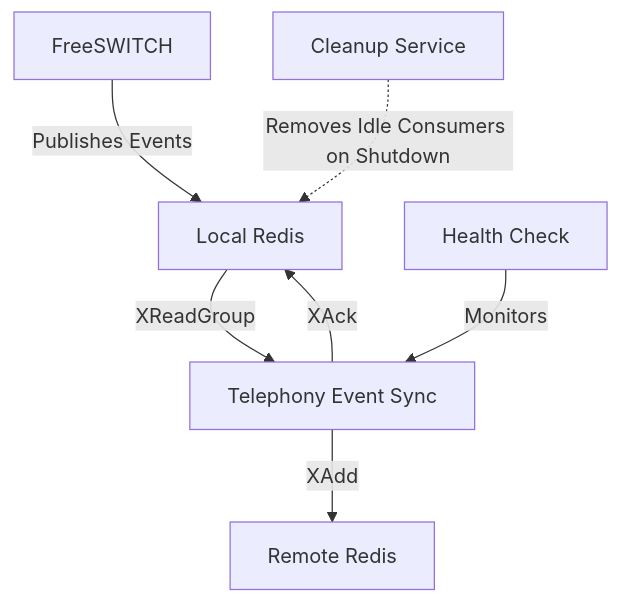
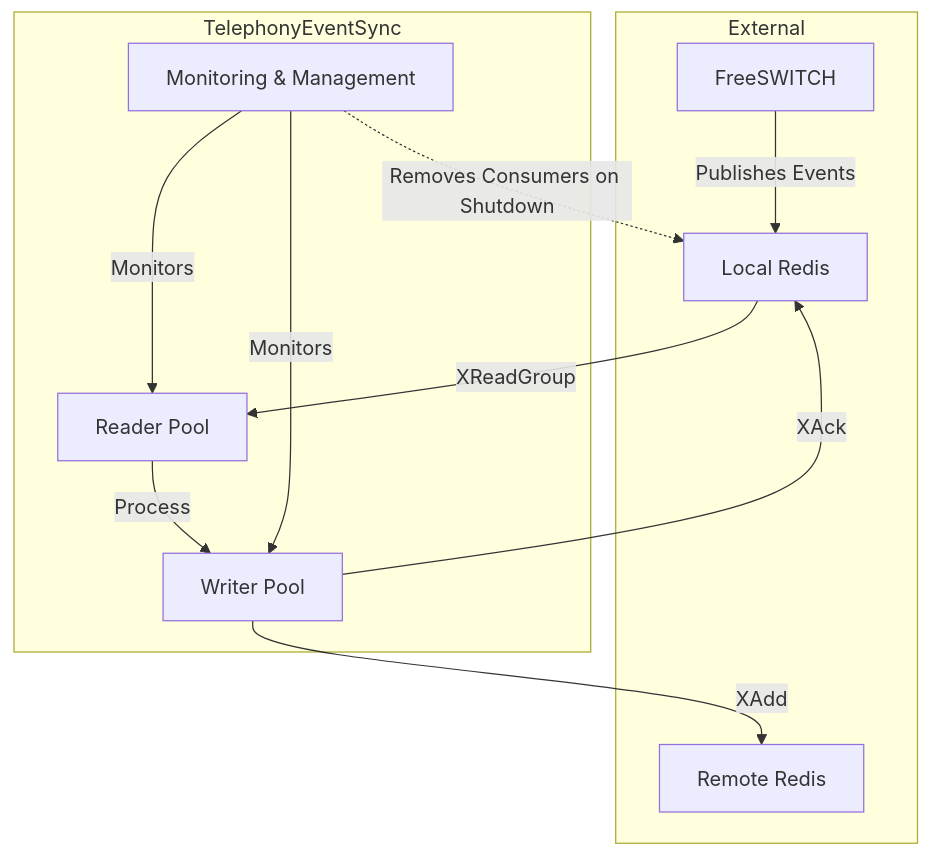
One commit to rauxiliar/telephonyEventSync changed the first of 4 diagrams in README.md. Above: the diagram before and after it, drawn with Mermaid.

````diff
--- a/README.md
+++ b/README.md
@@ -9,9 +9,23 @@
 ```mermaid
 graph TD
-    A[FreeSWITCH] -->|Publishes Events| B[Local Redis]
-    B -->|XReadGroup| C[Telephony Event Sync]
-    C -->|XAdd| D[Remote Redis]
-    C -->|XAck| B
-    E[Health Check] -->|Monitors| C
-    F[Cleanup Service] -.->|Removes Idle Consumers on Shutdown| B
+    subgraph External
+        A[FreeSWITCH]
+        B[Local Redis]
+        D[Remote Redis]
+    end
+
+    subgraph TelephonyEventSync
+        C[Reader Pool]
+        E[Writer Pool]
+        F[Monitoring & Management]
+    end
+
+    A -->|Publishes Events| B
+    B -->|XReadGroup| C
+    C -->|Process| E
+    E -->|XAdd| D
+    E -->|XAck| B
+    F -->|Monitors| C
+    F -->|Monitors| E
+    F -.->|Removes Consumers on Shutdown| B
 ```
````
